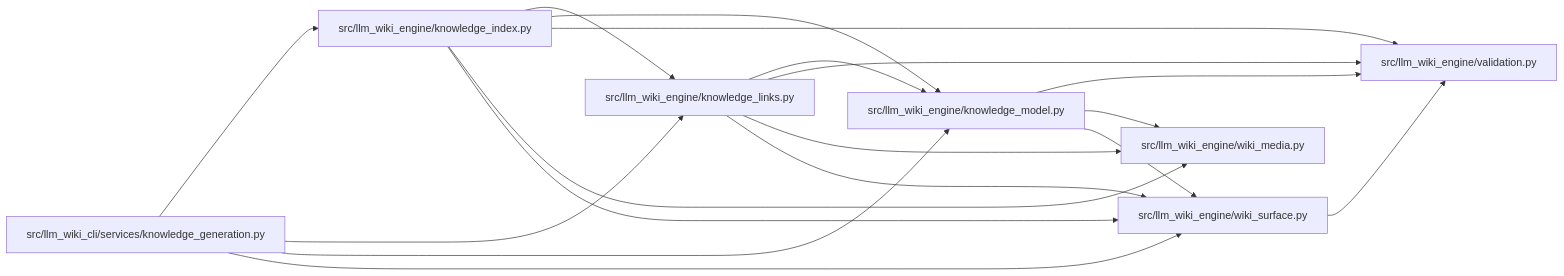
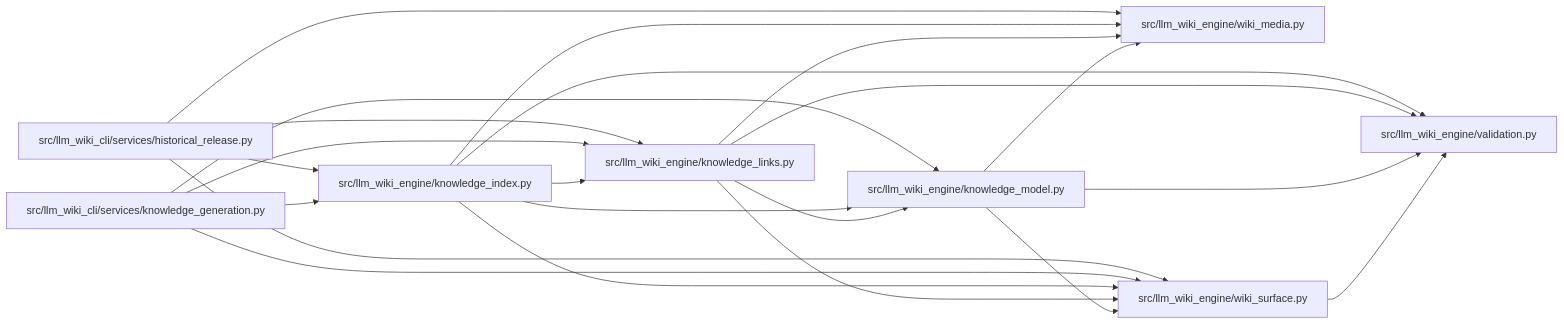
One commit to Denissvgn/python-wiki-llm changed the diagram in docs/llm_wiki/modules/knowledge_links.md. Above: the diagram before and after it, drawn with Mermaid. The commit also changed other lines of this file and 699 other files, not shown here.

````diff
--- a/docs/llm_wiki/modules/knowledge_links.md
+++ b/docs/llm_wiki/modules/knowledge_links.md
@@ -34,34 +34,40 @@
 ```mermaid
 flowchart LR
-    n0["src/llm_wiki_cli/services/knowledge_generation.py"]
-    n1["src/llm_wiki_engine/knowledge_index.py"]
-    n2["src/llm_wiki_engine/knowledge_links.py"]
-    n3["src/llm_wiki_engine/knowledge_model.py"]
-    n4["src/llm_wiki_engine/validation.py"]
-    n5["src/llm_wiki_engine/wiki_media.py"]
-    n6["src/llm_wiki_engine/wiki_surface.py"]
-    n0 --> n1
+    n0["src/llm_wiki_cli/services/historical_release.py"]
+    n1["src/llm_wiki_cli/services/knowledge_generation.py"]
+    n2["src/llm_wiki_engine/knowledge_index.py"]
+    n3["src/llm_wiki_engine/knowledge_links.py"]
+    n4["src/llm_wiki_engine/knowledge_model.py"]
+    n5["src/llm_wiki_engine/validation.py"]
+    n6["src/llm_wiki_engine/wiki_media.py"]
+    n7["src/llm_wiki_engine/wiki_surface.py"]
     n0 --> n2
     n0 --> n3
     n0 --> n6
+    n0 --> n7
     n1 --> n2
     n1 --> n3
     n1 --> n4
-    n1 --> n5
-    n1 --> n6
+    n1 --> n7
     n2 --> n3
     n2 --> n4
     n2 --> n5
     n2 --> n6
+    n2 --> n7
     n3 --> n4
     n3 --> n5
     n3 --> n6
-    n6 --> n4
-    click n0 "../modules/knowledge_generation.md"
-    click n1 "../modules/knowledge_index.md"
-    click n2 "../modules/knowledge_links.md"
-    click n3 "../modules/knowledge_model.md"
-    click n4 "../modules/validation.md"
-    click n5 "../modules/wiki_media.md"
-    click n6 "../modules/wiki_surface.md"
+    n3 --> n7
+    n4 --> n5
+    n4 --> n6
+    n4 --> n7
+    n7 --> n5
+    click n0 "../modules/historical_release.md"
+    click n1 "../modules/knowledge_generation.md"
+    click n2 "../modules/knowledge_index.md"
+    click n3 "../modules/knowledge_links.md"
+    click n4 "../modules/knowledge_model.md"
+    click n5 "../modules/validation.md"
+    click n6 "../modules/wiki_media.md"
+    click n7 "../modules/wiki_surface.md"
 ```
````
